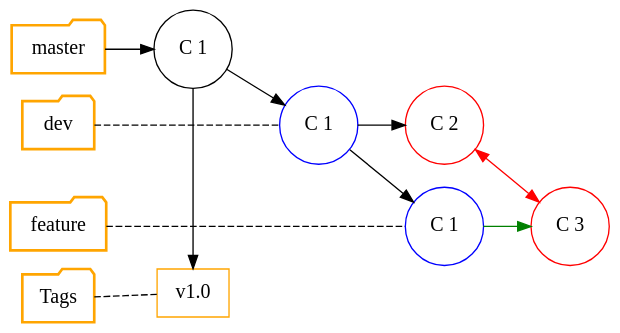
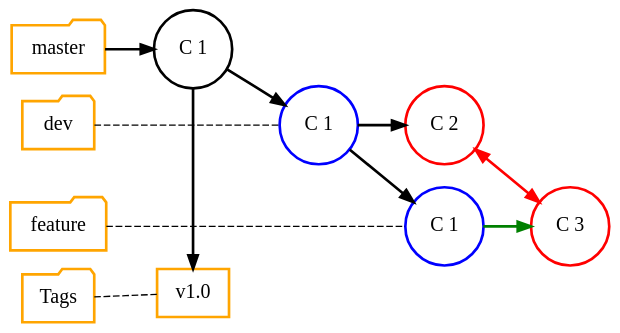
The diagram in slides/intro/src/docs/asciidoc/graphviz/git-scenario-5.dot (Gepardec/git-training), drawn with Graphviz before and after one commit. The commit also changed 31 other files, not shown here.

Commit message:
Removed unused graphviz files. Modified all graphviz graphs to use bold nodes and arrows. Little changes in slides

```diff
--- a/slides/intro/src/docs/asciidoc/graphviz/git-scenario-5.dot
+++ b/slides/intro/src/docs/asciidoc/graphviz/git-scenario-5.dot
@@ -1,52 +1,54 @@
 digraph git_scenario_5 {
     splines=line
     rankdir="LR"
     bgcolor="transparent"
+
+    edge[style=bold]
 
     /* Nodes representing the branches */
     node[ fontsize=15.0,style="bold", shape=folder, color=orange]
     master [group="master"]
     dev [group="dev"]
     feature [label="feature", group="feature"]
     tags [label="Tags", group="tags"]
 
     /* Nodes representing commit */
-    node[ fontsize=15.0,style="",shape=circle, color=""]
+    node[ fontsize=15.0,shape=circle, color=""]
     C_1[label="C 1", group="master"]
     C_2[label="C 2", group="dev", color="red"]
     C_3[label="C 3", group="feature", color="red"]
 
     /* Nodes representing pointer */
     node[color="blue"]
     C_1_D [label="C 1", group="dev"]
     C_1_F_1 [label="C 1", group="feature"]
 
     /* Nodes representing Tags */
-    node[shape=rect,fontsize=15.0, style="", color=orange]
+    node[shape=rect,fontsize=15.0, color=orange]
     T_1 [label="v1.0", group="release"]
 
     /* Define master branch commits */
     master -> C_1
     feature -> C_1_F_1 [arrowhead=none,style="dashed"]
     dev -> C_1_D [arrowhead=none,style="dashed"]
     tags -> T_1 [arrowhead=none,style="dashed"]
 
     /* 1. inter branch commit */
     C_1 -> C_1_D -> C_1_F_1
     C_1_D -> C_2
     C_1_F_1 -> C_3 [color="green"]
 
     /* 2. Git Tags */
     C_1 -> T_1
 
     /* 3. Conflicts */
     C_2 -> C_3 [dir=both,color=red]
 
     /* Connect branches with invis edges, to declare ordering this way */
     edge[style=invis]
     master -> dev -> feature -> tags
 
     {rank=same; C_1 T_1}
     {rank=same; C_2 C_1_F_1}
     {rank=same; master dev feature tags}
 }
```
